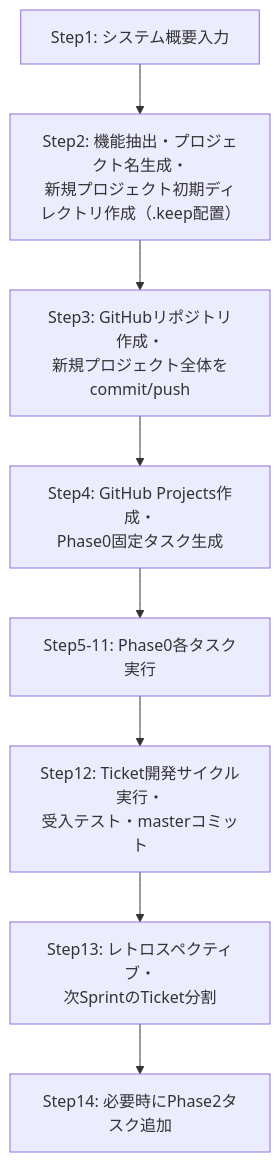
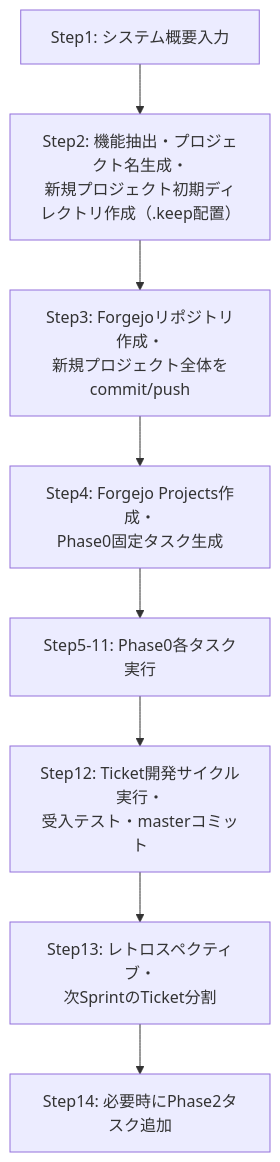
One commit to BossApe/lo-vibe changed the first of 17 diagrams in _document/002.要件定義フェーズ/001.要件定義/001-01.機能要件定義書.md. Above: the diagram before and after it, drawn with Mermaid. The commit also changed other lines of this file and 38 other files, not shown here.

````diff
--- a/_document/002.要件定義フェーズ/001.要件定義/001-01.機能要件定義書.md
+++ b/_document/002.要件定義フェーズ/001.要件定義/001-01.機能要件定義書.md
@@ -77,15 +77,15 @@
 ```mermaid
 flowchart TD
     A[Step1: システム概要入力] --> B[Step2: 機能抽出・プロジェクト名生成・
 新規プロジェクト初期ディレクトリ作成（.keep配置）]
-    B --> C[Step3: GitHubリポジトリ作成・
+    B --> C[Step3: Forgejoリポジトリ作成・
 新規プロジェクト全体をcommit/push]
-    C --> D[Step4: GitHub Projects作成・
+    C --> D[Step4: Forgejo Projects作成・
 Phase0固定タスク生成]
     D --> E[Step5-11: Phase0各タスク実行]
     E --> F[Step12: Ticket開発サイクル実行・
 受入テスト・masterコミット]
     F --> G[Step13: レトロスペクティブ・
 次SprintのTicket分割]
     G --> H[Step14: 必要時にPhase2タスク追加]
 ```
````
